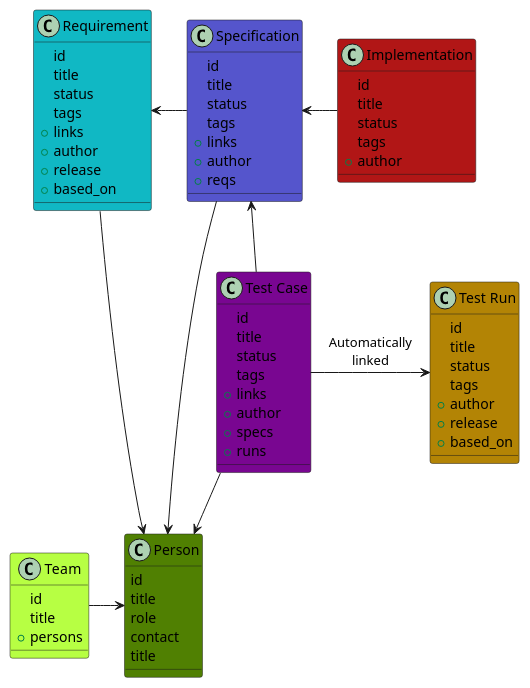
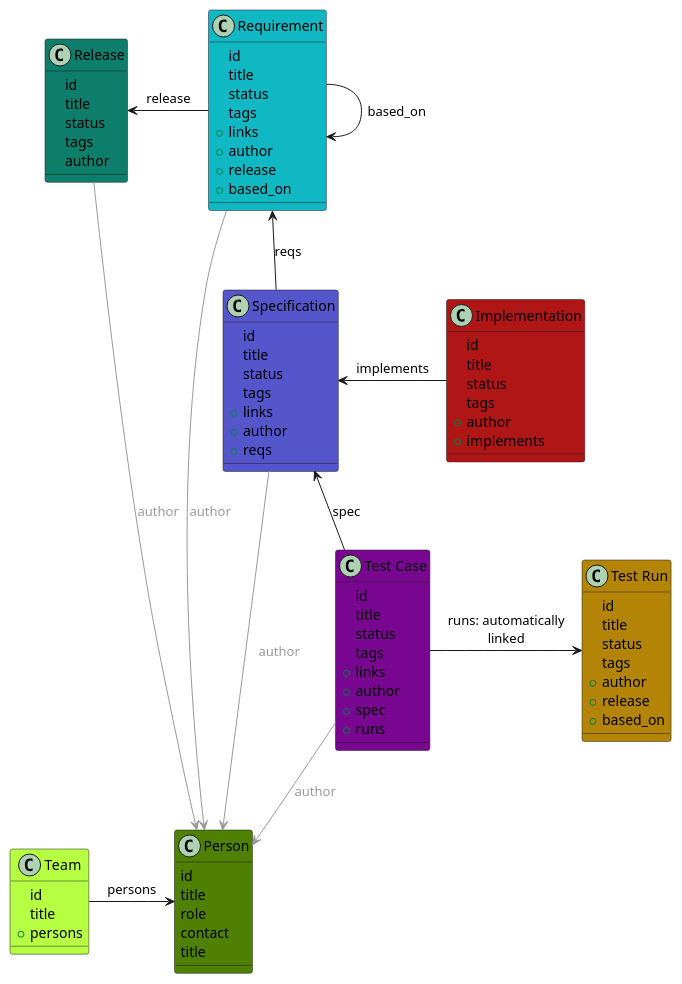
The diagram in docs/index.rst (useblocks/sphinx-needs-demo), drawn with PlantUML before and after one commit. The commit also changed other lines of this file and 3 other files, not shown here.

```diff
--- a/docs/index.rst
+++ b/docs/index.rst
@@ -90,7 +92,7 @@
       tags
       +links
       +author
-      +specs
+      +spec
       +runs
    }
 
@@ -110,18 +112,33 @@
       status
       tags
       +author
+      +implements
+   }
+
+   class "Release" as release #0d7e6b {
+      id
+      title
+      status
+      tags
+      +author
    }
 
 
-   team -> person
 
-   req <- spec
-   spec <-- test
-   spec <- impl
-   test -> run : Automatically\nlinked
+   team -> person: persons
 
-   req --> person
-   spec --> person
-   test --> person
+   req --> req: based_on
+   req <-- spec : reqs
+   req -left-> release: release
+   spec <-- test: spec
+   spec <- impl: implements
+   test -> run : runs: automatically\nlinked
+
+   req -[#999]-> person:  <color:#999>author 
+   spec -[#999]-> person: <color:#999>author 
+   test -[#999]-> person: <color:#999>author 
+   release -[#999]-> person: <color:#999>author 
+
+
    
    @enduml
```
